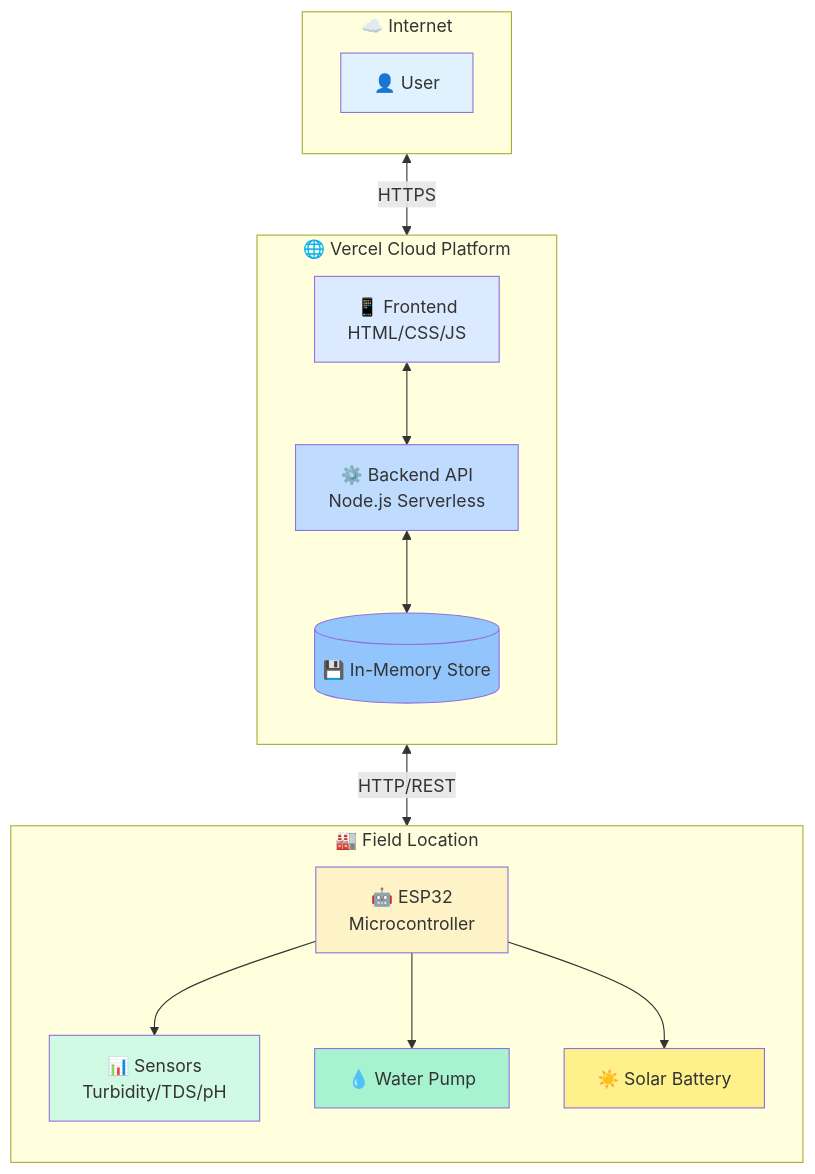
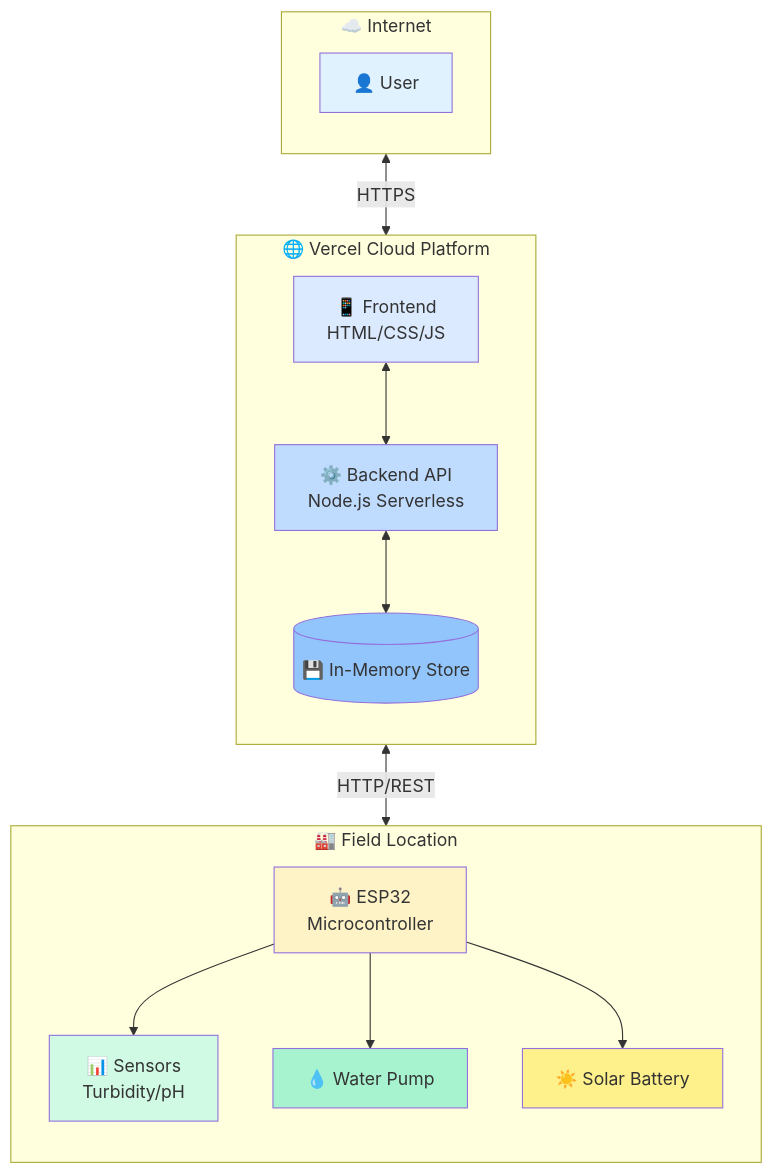
Before and after one commit to Baafi-Marcus/smart-solar-water-purification: the fourth of 5 diagrams in DIAGRAMS.md, drawn with Mermaid. The commit also changed other lines of this file and 9 other files, not shown here.

````diff
--- a/DIAGRAMS.md
+++ b/DIAGRAMS.md
@@ -215,41 +212,41 @@
 ```mermaid
 graph TB
     subgraph Internet["☁️ Internet"]
         direction TB
         USER[👤 User]
     end
     
     subgraph Vercel["🌐 Vercel Cloud Platform"]
         direction TB
         FRONTEND[📱 Frontend<br/>HTML/CSS/JS]
         BACKEND[⚙️ Backend API<br/>Node.js Serverless]
         STORE[(💾 In-Memory Store)]
         
         FRONTEND <--> BACKEND
         BACKEND <--> STORE
     end
     
     subgraph Field["🏭 Field Location"]
         direction TB
         ESP[🤖 ESP32<br/>Microcontroller]
-        SENSORS[📊 Sensors<br/>Turbidity/TDS/pH]
+        SENSORS[📊 Sensors<br/>Turbidity/pH]
         PUMP[💧 Water Pump]
         SOLAR[☀️ Solar Battery]
         
         ESP --> SENSORS
         ESP --> PUMP
         ESP --> SOLAR
     end
     
     USER <-->|HTTPS| FRONTEND
     BACKEND <-->|HTTP/REST| ESP
     
     style USER fill:#e0f2fe
     style FRONTEND fill:#dbeafe
     style BACKEND fill:#bfdbfe
     style STORE fill:#93c5fd
     style ESP fill:#fef3c7
     style SENSORS fill:#d1fae5
     style PUMP fill:#a7f3d0
     style SOLAR fill:#fef08a
 ```
````
